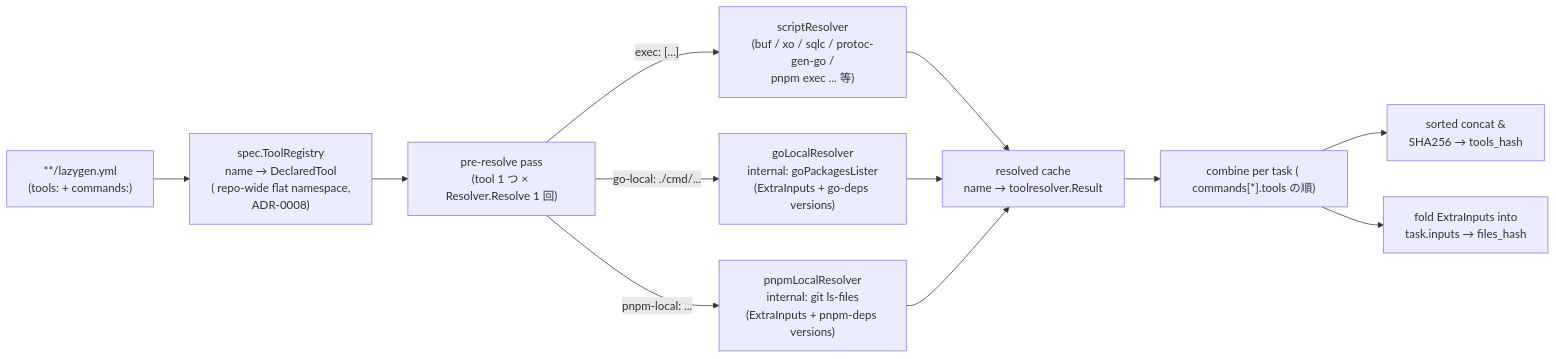
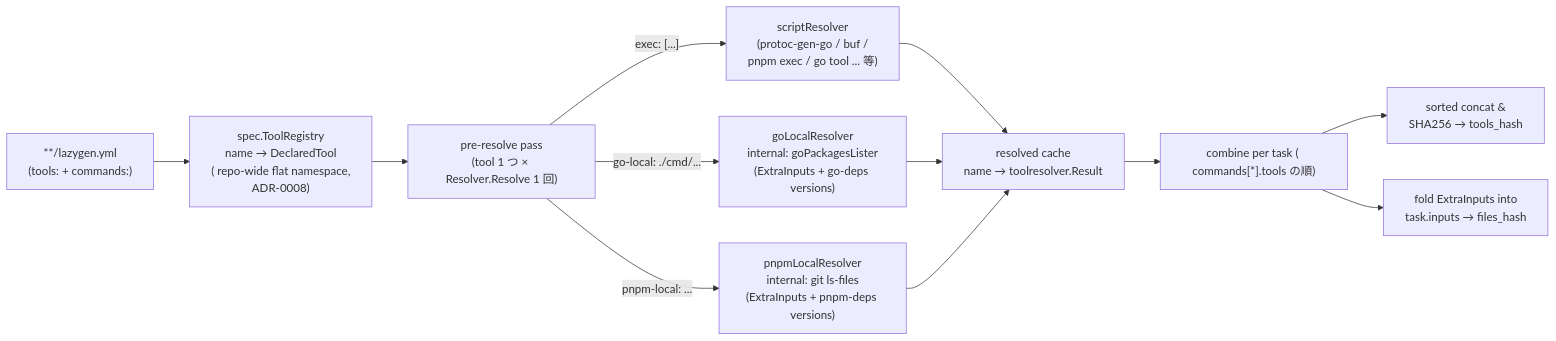
The second of 3 diagrams in docs/design/architecture.md (izumin5210/sloff), drawn with Mermaid before and after one commit. The commit also changed other lines of this file and 2 other files, not shown here.

````diff
--- a/docs/design/architecture.md
+++ b/docs/design/architecture.md
@@ -322,14 +322,14 @@
 ```mermaid
 flowchart LR
     YAML["**/lazygen.yml<br/>(tools: + commands:)"] --> REG["spec.ToolRegistry<br/>name → DeclaredTool<br/>( repo-wide flat namespace,<br/>ADR-0008)"]
     REG --> PRE["pre-resolve pass<br/>(tool 1 つ × Resolver.Resolve 1 回)"]
-    PRE -->|"exec: [...]"| SCRIPT["scriptResolver<br/>(buf / xo / sqlc / protoc-gen-go /<br/>pnpm exec ... 等)"]
+    PRE -->|"exec: [...]"| SCRIPT["scriptResolver<br/>(protoc-gen-go / buf /<br/>pnpm exec / go tool ... 等)"]
     PRE -->|"go-local: ./cmd/..."| GOLOC["goLocalResolver<br/>internal: goPackagesLister<br/>(ExtraInputs + go-deps versions)"]
     PRE -->|"pnpm-local: ..."| PNPMLOC["pnpmLocalResolver<br/>internal: git ls-files<br/>(ExtraInputs + pnpm-deps versions)"]
     SCRIPT --> CACHE["resolved cache<br/>name → toolresolver.Result"]
     GOLOC --> CACHE
     PNPMLOC --> CACHE
     CACHE --> COMBINE["combine per task ( commands[*].tools の順)"]
     COMBINE --> CONCAT["sorted concat &<br/>SHA256 → tools_hash"]
     COMBINE --> INPUTS["fold ExtraInputs into<br/>task.inputs → files_hash"]
 ```
````
